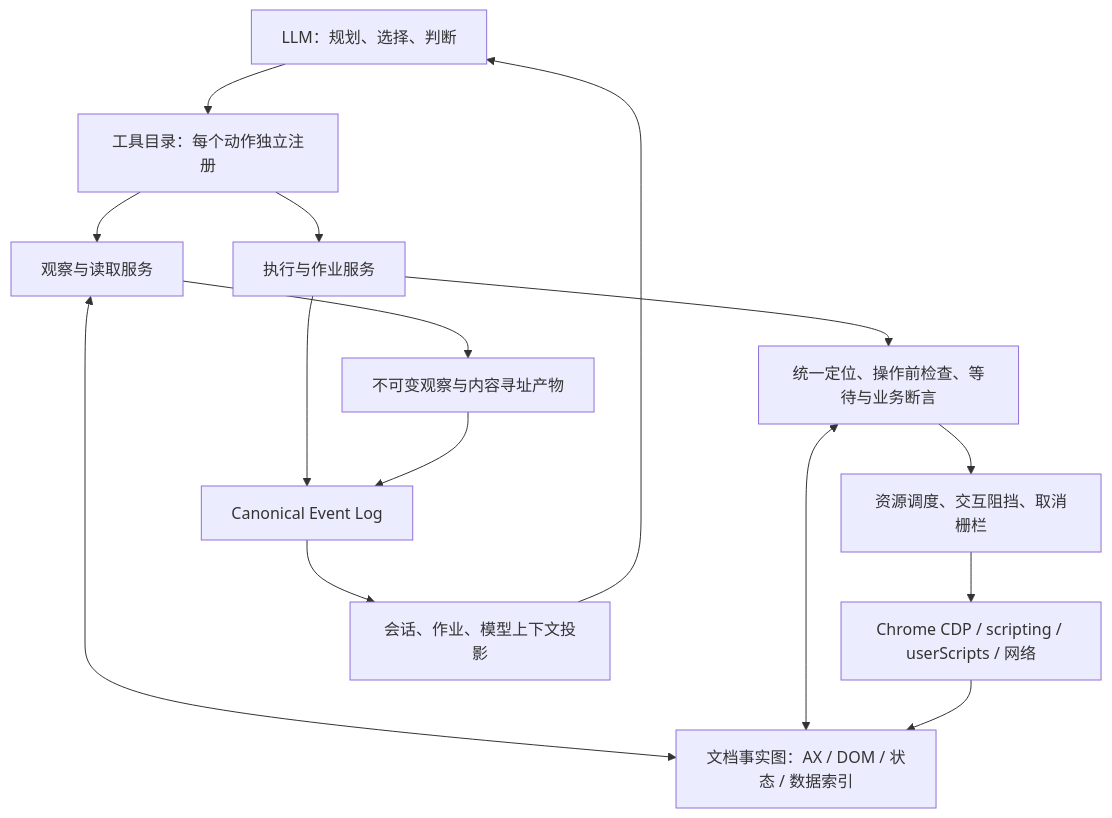
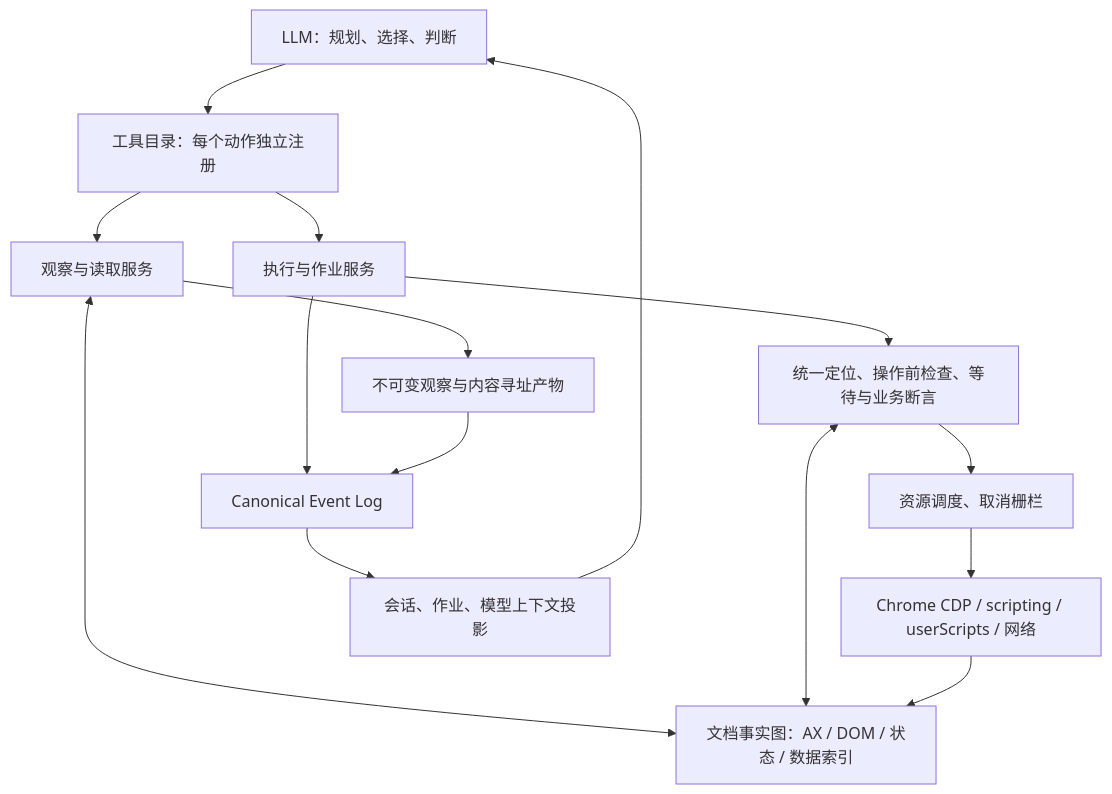
The diagram in docs/browser-tools-design.md (notCorwin/SurfWax), drawn with Mermaid before and after one commit. The commit also changed other lines of this file and 44 other files, not shown here.

````diff
--- a/docs/browser-tools-design.md
+++ b/docs/browser-tools-design.md
@@ -55,17 +54,17 @@
 ```mermaid
 flowchart TB
   L[LLM：规划、选择、判断] --> T[工具目录：每个动作独立注册]
   T --> O[观察与读取服务]
   T --> E[执行与作业服务]
   O <--> G[文档事实图：AX / DOM / 状态 / 数据索引]
   E --> R[统一定位、操作前检查、等待与业务断言]
   R <--> G
-  R --> S[资源调度、交互阻挡、取消栅栏]
+  R --> S[资源调度、取消栅栏]
   S --> C[Chrome CDP / scripting / userScripts / 网络]
   C --> G
   O --> A[不可变观察与内容寻址产物]
   E --> K[Canonical Event Log]
   A --> K
   K --> P[会话、作业、模型上下文投影]
   P --> L
 ```
````
